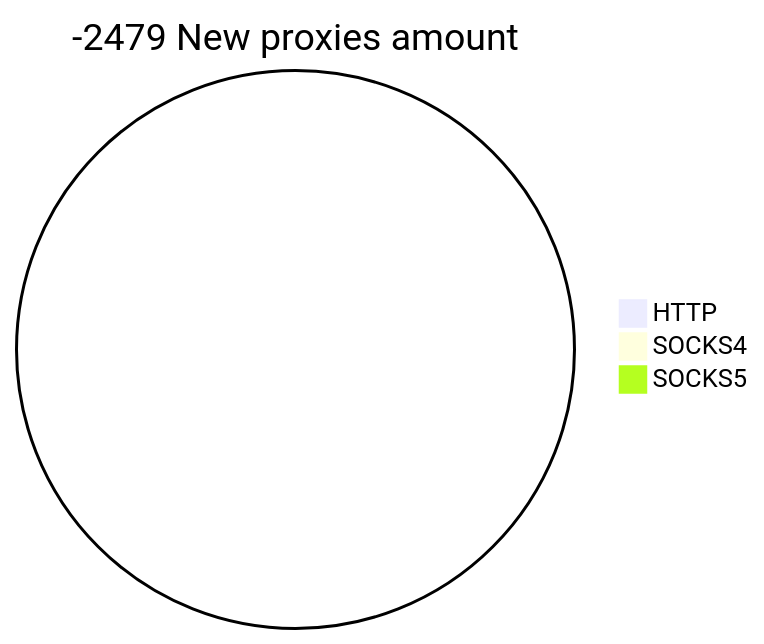
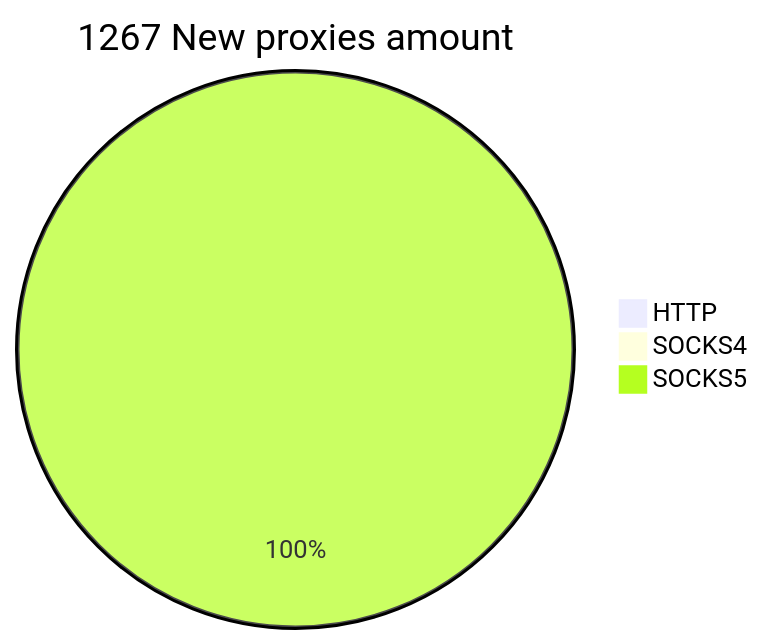
The second of 2 diagrams in README.md (cutipu/proxylist), drawn with Mermaid before and after one commit. The commit also changed other lines of this file, not shown here.

````diff
--- a/README.md
+++ b/README.md
@@ -10,6 +10,6 @@
 ```mermaid
-pie title -2479 New proxies amount
-    "HTTP" : 0
+pie title 1267 New proxies amount
+    "HTTP" : 5
     "SOCKS4" : 0
-    "SOCKS5" : 0
+    "SOCKS5" : 1263
 ```
````
